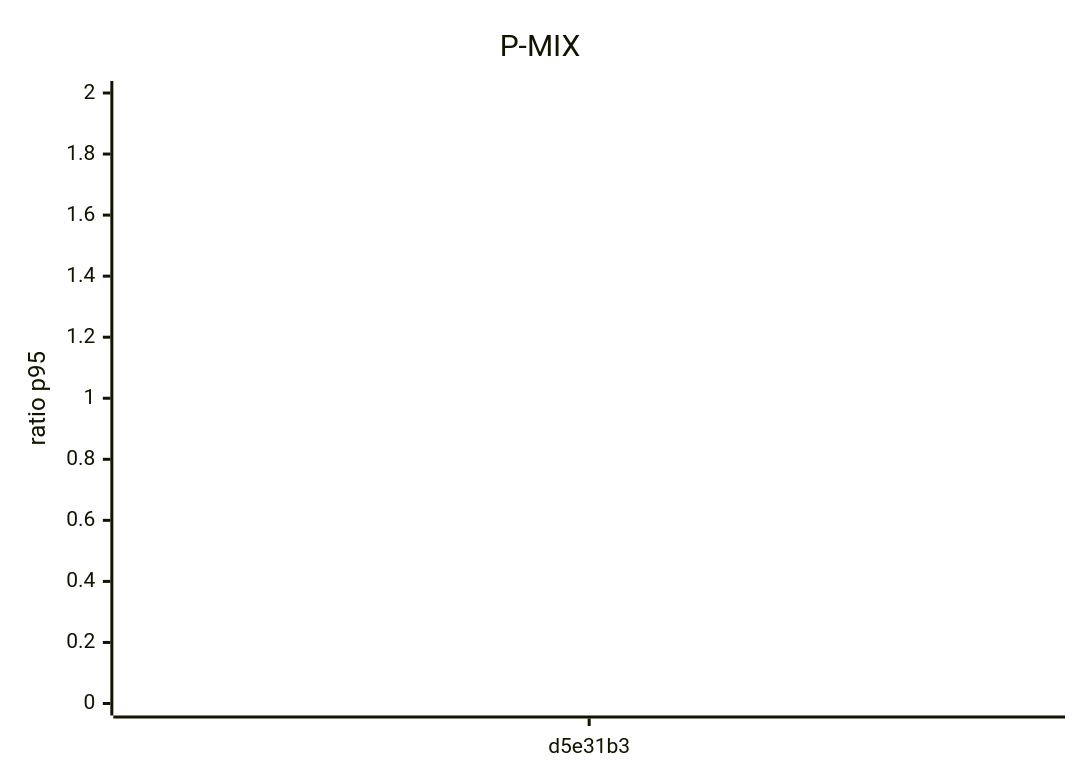
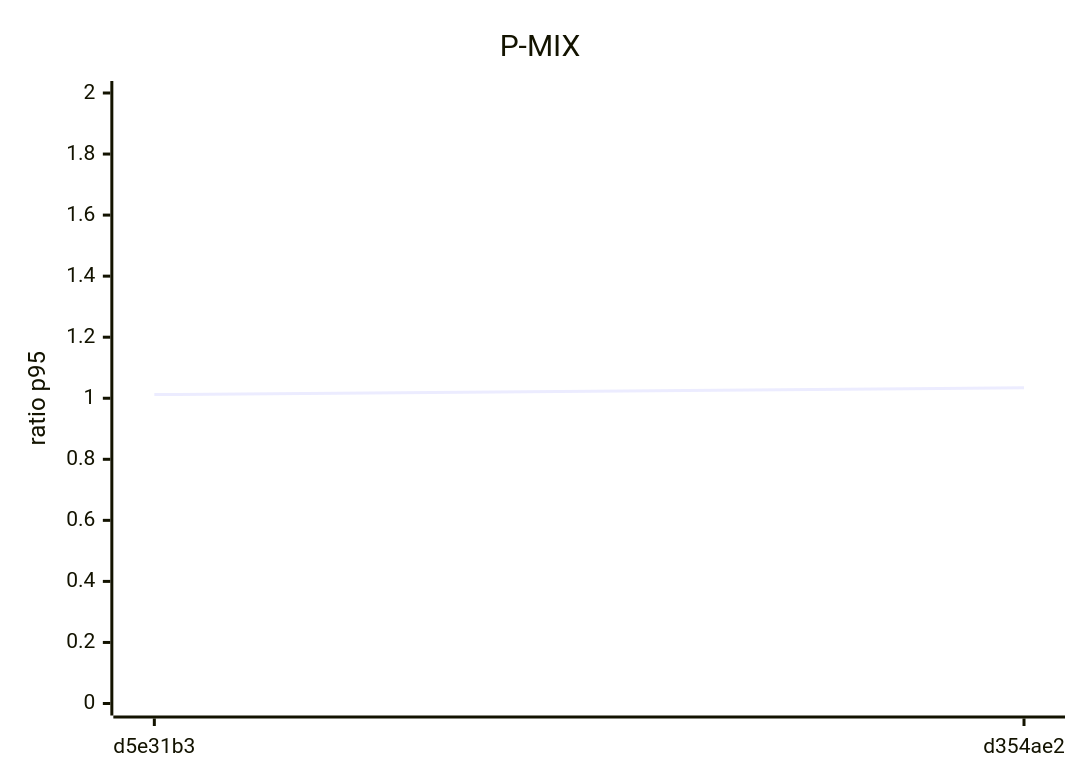
The seventh of 8 diagrams in docs/perf/trend.md (mtromane/expense-io), drawn with Mermaid before and after one commit. The commit also changed other lines of this file and 1 other file, not shown here.

````diff
--- a/docs/perf/trend.md
+++ b/docs/perf/trend.md
@@ -64,7 +64,7 @@
 ```mermaid
 xychart-beta
   title "P-MIX"
-  x-axis ["d5e31b3"]
+  x-axis ["d5e31b3", "d354ae2"]
   y-axis "ratio p95" 0 --> 2
-  line [1.012]
+  line [1.012, 1.034]
 ```
````
